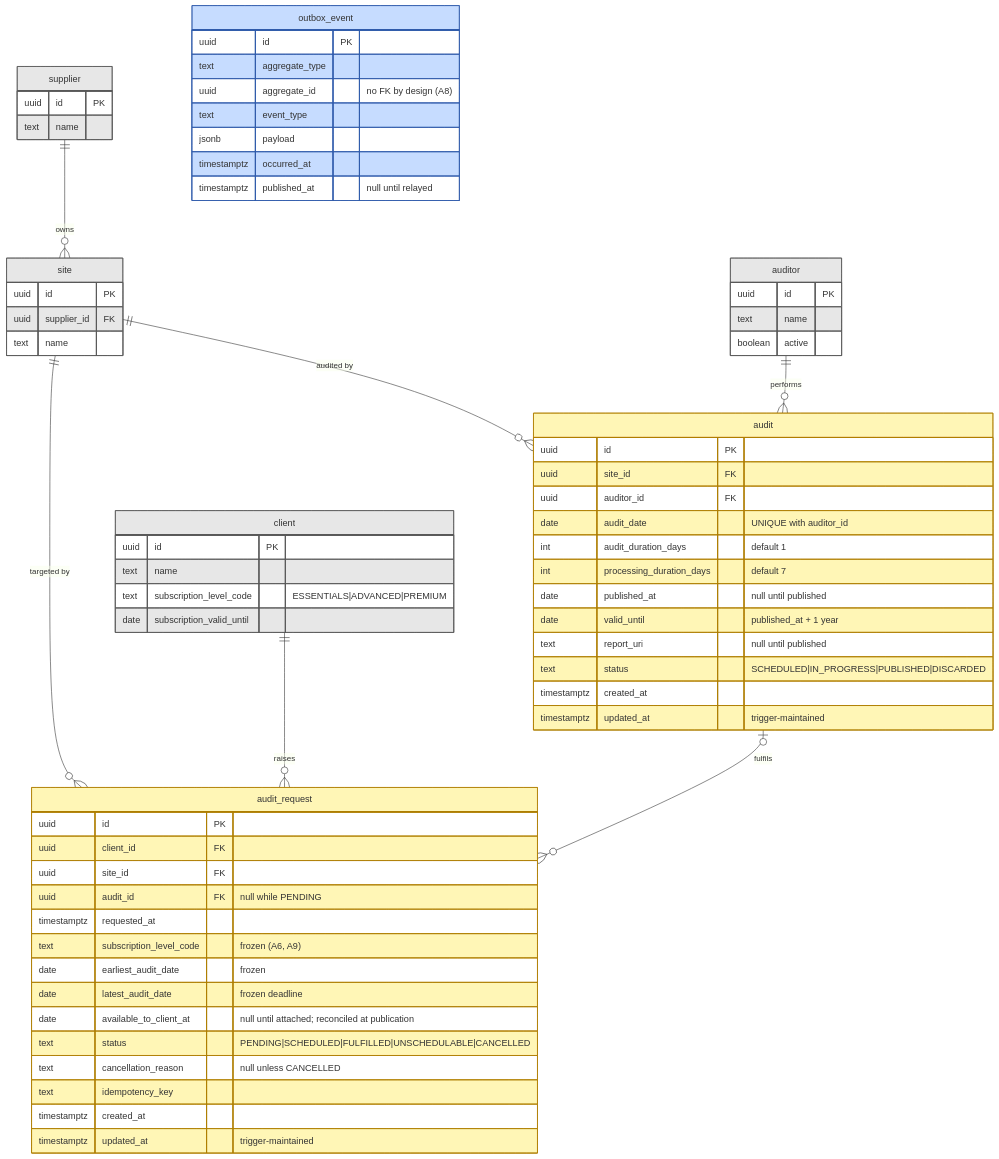
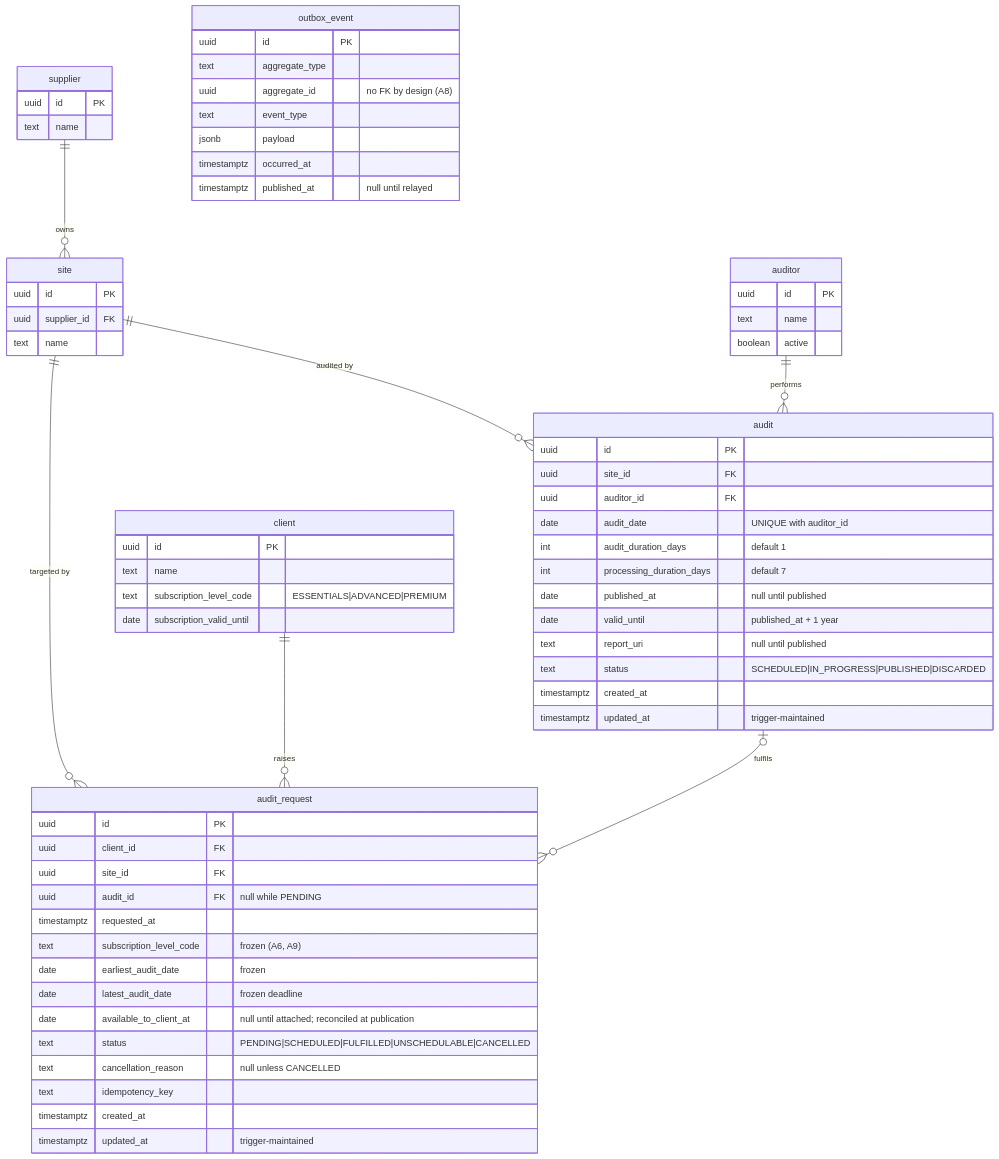
Before and after one commit to alexMunozMad/Auditory_Manager: the diagram in docs/diagrams/data model.mermaid, drawn with Mermaid.

Commit message:
docs : drop classDef from the model diagram so it parses on standard mermaid
classDef / class styling is not supported inside erDiagram on the mermaid
version the IDE renders with (Parse error on the classDef line). The repo
file now uses %% comments for the written vs read-only split; the Miro
copy keeps its colour coding since Miro's renderer supports it. Entities,
attributes and relationships are identical in both.

Claude-Session: https://claude.ai/code/session_01U1RQNJ5gytu8nvrBtDUtZ4

```diff
--- a/docs/diagrams/data model.mermaid
+++ b/docs/diagrams/data model.mermaid
@@ -1,79 +1,70 @@
 erDiagram
-    classDef written  fill:#fff6b6,stroke:#af7e02
-    classDef readonly fill:#e7e7e7,stroke:#595959
-    classDef trace    fill:#c6dcff,stroke:#305bab
+    %% Written by this system:  audit_request, audit, outbox_event
+    %% Read-only here (maintained elsewhere):  supplier, site, client, auditor
 
     supplier {
         uuid id PK
         text name
     }
     site {
         uuid id PK
         uuid supplier_id FK
         text name
     }
     client {
         uuid id PK
         text name
         text subscription_level_code "ESSENTIALS|ADVANCED|PREMIUM"
         date subscription_valid_until
     }
     auditor {
         uuid id PK
         text name
         boolean active
     }
     audit_request {
         uuid id PK
         uuid client_id FK
         uuid site_id FK
         uuid audit_id FK "null while PENDING"
         timestamptz requested_at
         text subscription_level_code "frozen (A6, A9)"
         date earliest_audit_date "frozen"
         date latest_audit_date "frozen deadline"
         date available_to_client_at "null until attached; reconciled at publication"
         text status "PENDING|SCHEDULED|FULFILLED|UNSCHEDULABLE|CANCELLED"
         text cancellation_reason "null unless CANCELLED"
         text idempotency_key
         timestamptz created_at
         timestamptz updated_at "trigger-maintained"
     }
     audit {
         uuid id PK
         uuid site_id FK
         uuid auditor_id FK
         date audit_date "UNIQUE with auditor_id"
         int audit_duration_days "default 1"
         int processing_duration_days "default 7"
         date published_at "null until published"
         date valid_until "published_at + 1 year"
         text report_uri "null until published"
         text status "SCHEDULED|IN_PROGRESS|PUBLISHED|DISCARDED"
         timestamptz created_at
         timestamptz updated_at "trigger-maintained"
     }
     outbox_event {
         uuid id PK
         text aggregate_type
         uuid aggregate_id "no FK by design (A8)"
         text event_type
         jsonb payload
         timestamptz occurred_at
         timestamptz published_at "null until relayed"
     }
 
     supplier ||--o{ site          : "owns"
     site     ||--o{ audit_request : "targeted by"
     site     ||--o{ audit         : "audited by"
     client   ||--o{ audit_request : "raises"
     auditor  ||--o{ audit         : "performs"
     audit    |o--o{ audit_request : "fulfils"
-
-    class audit_request written
-    class audit written
-    class supplier readonly
-    class site readonly
-    class client readonly
-    class auditor readonly
-    class outbox_event trace
```
